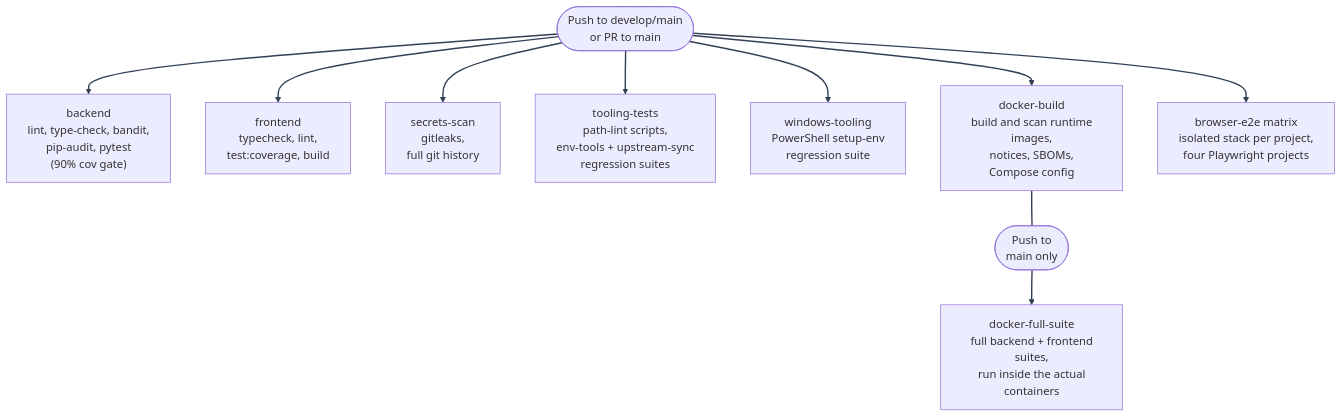
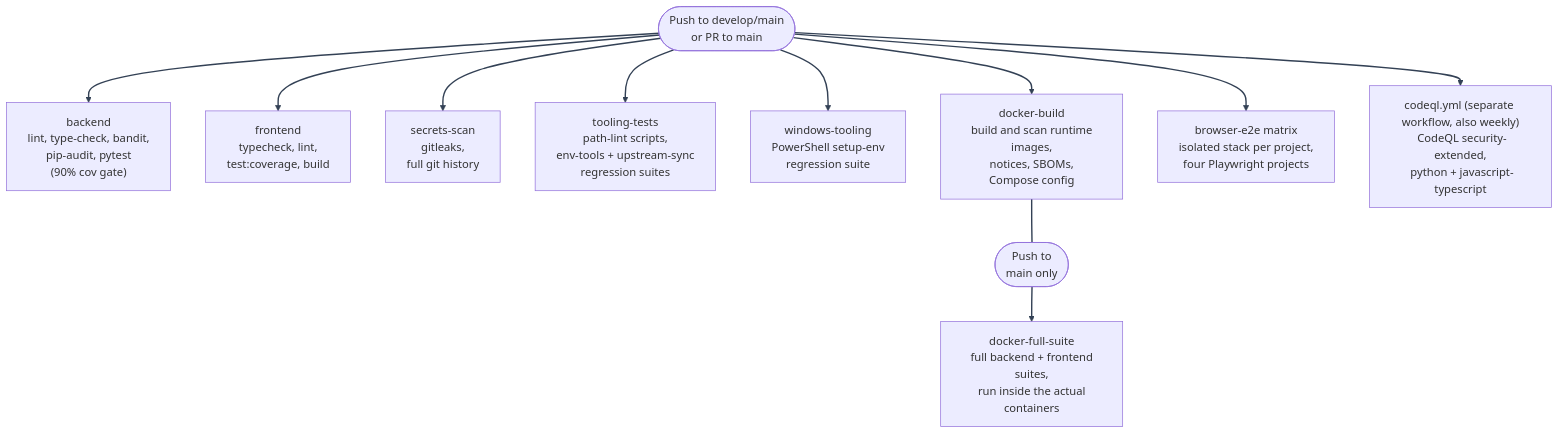
Before and after one commit to Nachiket-2024/mystic-auth: the diagram in docs/mystic_auth/cicd/overview.md, drawn with Mermaid. The commit also changed other lines of this file and 35 other files, not shown here.

````diff
--- a/docs/mystic_auth/cicd/overview.md
+++ b/docs/mystic_auth/cicd/overview.md
@@ -33,16 +35,17 @@
 ```mermaid
 %%{init: {"themeVariables": {"lineColor": "#334155"}} }%%
 flowchart TD
     Trigger(["Push to develop/main\n or PR to main"])
     TriggerMain(["Push to\n main only"])
     Trigger --> Backend["backend\n lint, type-check, bandit,\n pip-audit, pytest\n (90% cov gate)"]
     Trigger --> Frontend["frontend\n typecheck, lint,\n test:coverage, build"]
     Trigger --> Secrets["secrets-scan\n gitleaks,\n full git history"]
     Trigger --> Tooling["tooling-tests\n path-lint scripts,\n env-tools + upstream-sync\n regression suites"]
     Trigger --> Windows["windows-tooling\n PowerShell setup-env\n regression suite"]
     Trigger --> DockerBuild["docker-build\n build and scan runtime images,\n notices, SBOMs, Compose config"]
     Trigger --> BrowserE2E["browser-e2e matrix\n isolated stack per project,\n four Playwright projects"]
+    Trigger --> CodeQL["codeql.yml (separate workflow, also weekly)\n CodeQL security-extended,\n python + javascript-typescript"]
     DockerBuild ~~~ TriggerMain
     TriggerMain --> DockerFullSuite["docker-full-suite\n full backend + frontend suites,\n run inside the actual containers"]
     linkStyle default stroke:#334155,stroke-width:2px
 ```
````
